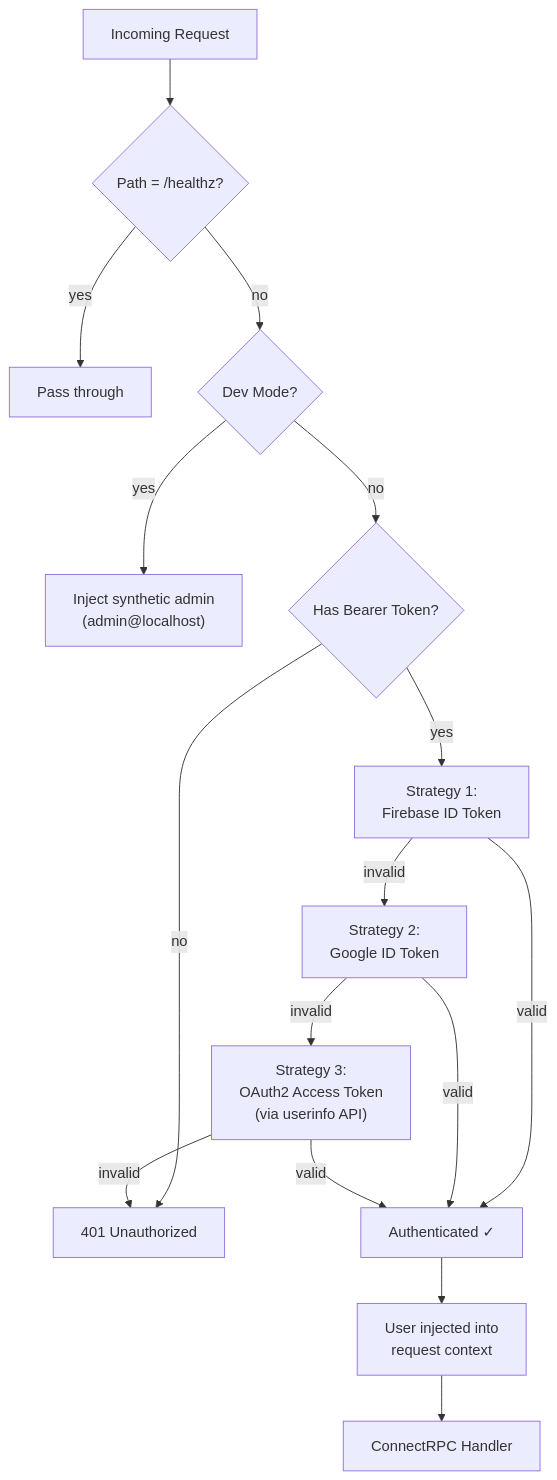
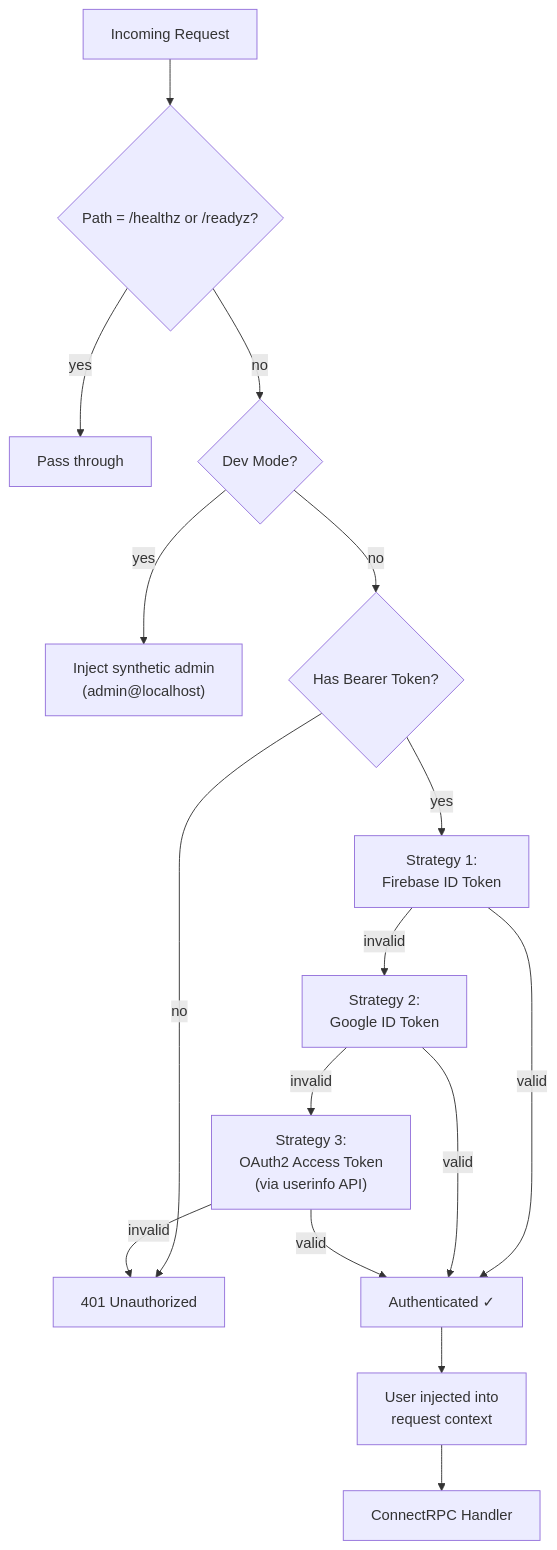
The diagram in docs/security.md (candelahq/candela), drawn with Mermaid before and after one commit. The commit also changed other lines of this file and 7 other files, not shown here.

````diff
--- a/docs/security.md
+++ b/docs/security.md
@@ -7,18 +7,18 @@
 ```mermaid
 flowchart TD
-    REQ[Incoming Request] --> SKIP{Path = /healthz?}
+    REQ[Incoming Request] --> SKIP{Path = /healthz or /readyz?}
     SKIP -->|yes| PASS[Pass through]
     SKIP -->|no| DEV{Dev Mode?}
     DEV -->|yes| SYNTH["Inject synthetic admin\n(admin@localhost)"]
     DEV -->|no| TOK{Has Bearer Token?}
     TOK -->|no| DENY["401 Unauthorized"]
     TOK -->|yes| S1["Strategy 1:\nFirebase ID Token"]
     S1 -->|valid| AUTH[Authenticated ✓]
     S1 -->|invalid| S2["Strategy 2:\nGoogle ID Token"]
     S2 -->|valid| AUTH
     S2 -->|invalid| S3["Strategy 3:\nOAuth2 Access Token\n(via userinfo API)"]
     S3 -->|valid| AUTH
     S3 -->|invalid| DENY
     AUTH --> CTX["User injected into\nrequest context"]
     CTX --> HANDLER[ConnectRPC Handler]
 ```
````
